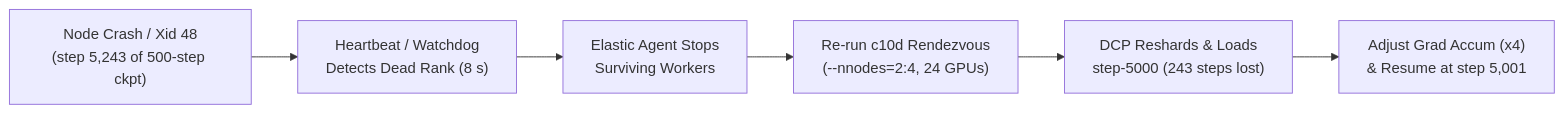
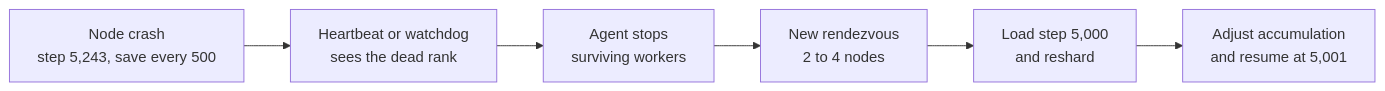
The third of 3 diagrams in docs/part-14-training-finetuning/11-checkpointing-fault-tolerance-and-elastic-training.md (jithinpnjm/ai-infra-handbook), drawn with Mermaid before and after one commit. The commit also changed other lines of this file and 8 other files, not shown here.

````diff
--- a/docs/part-14-training-finetuning/11-checkpointing-fault-tolerance-and-elastic-training.md
+++ b/docs/part-14-training-finetuning/11-checkpointing-fault-tolerance-and-elastic-training.md
@@ -290,8 +261,8 @@
 ```mermaid
 flowchart LR
-    Crash["Node Crash / Xid 48<br/>(step 5,243 of 500-step ckpt)"] --> Detect["Heartbeat / Watchdog<br/>Detects Dead Rank (8 s)"]
-    Detect --> Stop["Elastic Agent Stops<br/>Surviving Workers"]
-    Stop --> Rdzv["Re-run c10d Rendezvous<br/>(--nnodes=2:4, 24 GPUs)"]
-    Rdzv --> Load["DCP Reshards & Loads<br/>step-5000 (243 steps lost)"]
-    Load --> Resume["Adjust Grad Accum (x4)<br/>& Resume at step 5,001"]
+    Crash["Node crash<br/>step 5,243, save every 500"] --> Detect["Heartbeat or watchdog<br/>sees the dead rank"]
+    Detect --> Stop["Agent stops<br/>surviving workers"]
+    Stop --> Rdzv["New rendezvous<br/>2 to 4 nodes"]
+    Rdzv --> Load["Load step 5,000<br/>and reshard"]
+    Load --> Resume["Adjust accumulation<br/>and resume at 5,001"]
 ```
````
